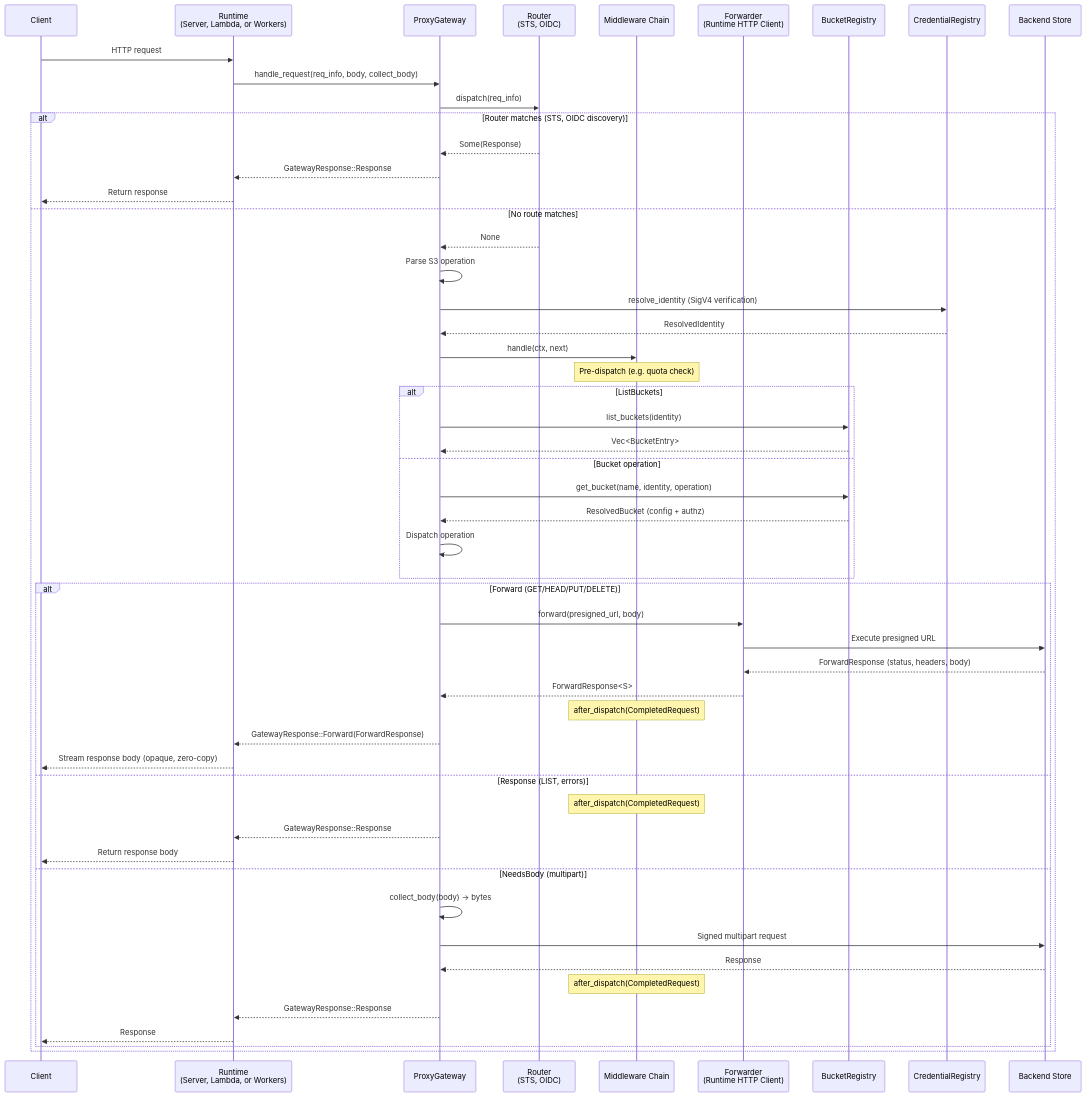
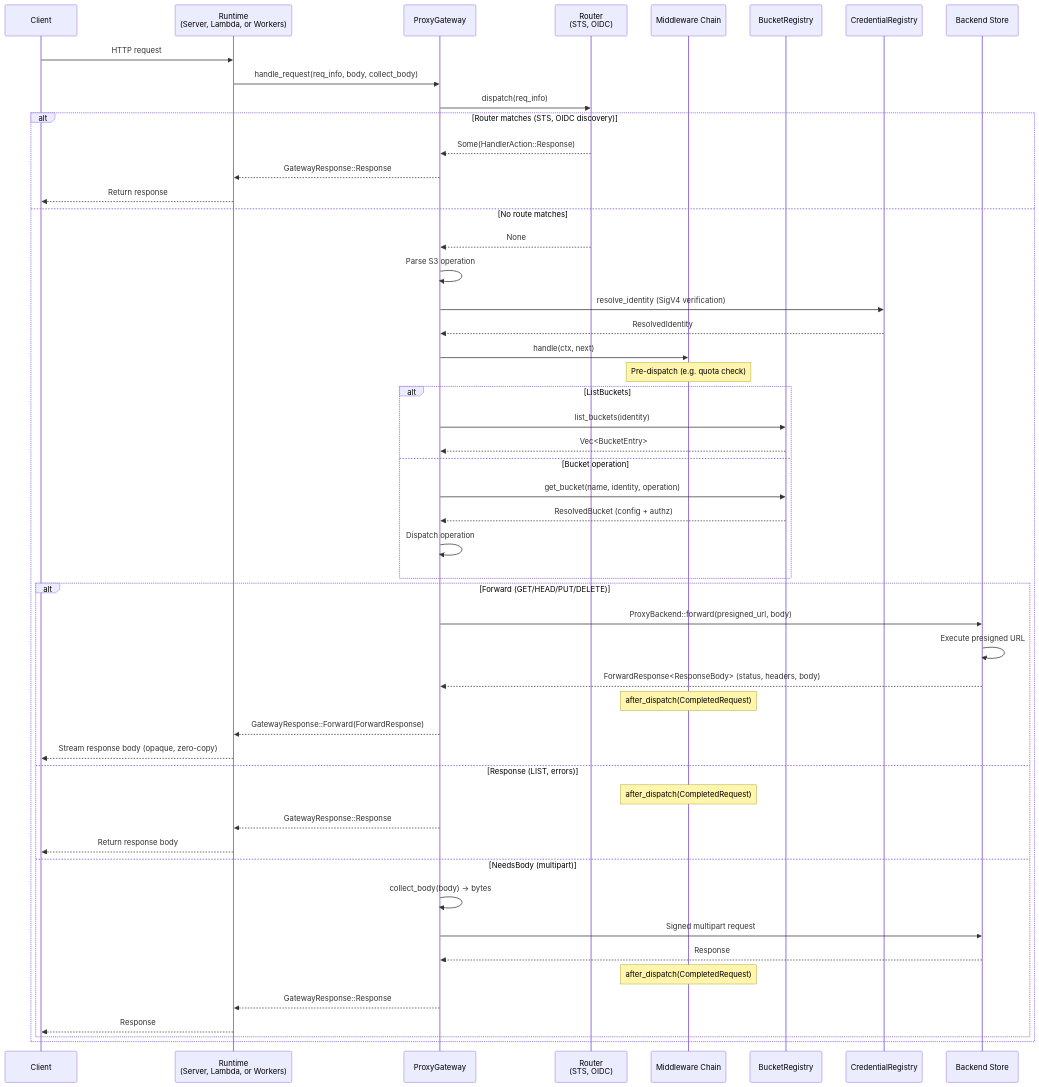
The diagram in docs/architecture/request-lifecycle.md (developmentseed/multistore), drawn with Mermaid before and after one commit. The commit also changed other lines of this file and 21 other files, not shown here.

````diff
--- a/docs/architecture/request-lifecycle.md
+++ b/docs/architecture/request-lifecycle.md
@@ -7,57 +7,55 @@
 ```mermaid
 sequenceDiagram
     participant Client
     participant Runtime as Runtime<br/>(Server, Lambda, or Workers)
     participant Gateway as ProxyGateway
     participant Router as Router<br/>(STS, OIDC)
     participant Middleware as Middleware Chain
-    participant Forwarder as Forwarder<br/>(Runtime HTTP Client)
     participant BucketReg as BucketRegistry
     participant CredReg as CredentialRegistry
     participant Backend as Backend Store
 
     Client->>Runtime: HTTP request
     Runtime->>Gateway: handle_request(req_info, body, collect_body)
     Gateway->>Router: dispatch(req_info)
     alt Router matches (STS, OIDC discovery)
-        Router-->>Gateway: Some(Response)
+        Router-->>Gateway: Some(HandlerAction::Response)
         Gateway-->>Runtime: GatewayResponse::Response
         Runtime-->>Client: Return response
     else No route matches
         Router-->>Gateway: None
         Gateway->>Gateway: Parse S3 operation
         Gateway->>CredReg: resolve_identity (SigV4 verification)
         CredReg-->>Gateway: ResolvedIdentity
         Gateway->>Middleware: handle(ctx, next)
         Note over Middleware: Pre-dispatch (e.g. quota check)
         alt ListBuckets
             Gateway->>BucketReg: list_buckets(identity)
             BucketReg-->>Gateway: Vec<BucketEntry>
         else Bucket operation
             Gateway->>BucketReg: get_bucket(name, identity, operation)
             BucketReg-->>Gateway: ResolvedBucket (config + authz)
             Gateway->>Gateway: Dispatch operation
         end
 
         alt Forward (GET/HEAD/PUT/DELETE)
-            Gateway->>Forwarder: forward(presigned_url, body)
-            Forwarder->>Backend: Execute presigned URL
-            Backend-->>Forwarder: ForwardResponse (status, headers, body)
-            Forwarder-->>Gateway: ForwardResponse<S>
+            Gateway->>Backend: ProxyBackend::forward(presigned_url, body)
+            Backend->>Backend: Execute presigned URL
+            Backend-->>Gateway: ForwardResponse<ResponseBody> (status, headers, body)
             Note over Middleware: after_dispatch(CompletedRequest)
             Gateway-->>Runtime: GatewayResponse::Forward(ForwardResponse)
             Runtime-->>Client: Stream response body (opaque, zero-copy)
         else Response (LIST, errors)
             Note over Middleware: after_dispatch(CompletedRequest)
             Gateway-->>Runtime: GatewayResponse::Response
             Runtime-->>Client: Return response body
         else NeedsBody (multipart)
             Gateway->>Gateway: collect_body(body) → bytes
             Gateway->>Backend: Signed multipart request
             Backend-->>Gateway: Response
             Note over Middleware: after_dispatch(CompletedRequest)
             Gateway-->>Runtime: GatewayResponse::Response
             Runtime-->>Client: Response
         end
     end
 ```
````
